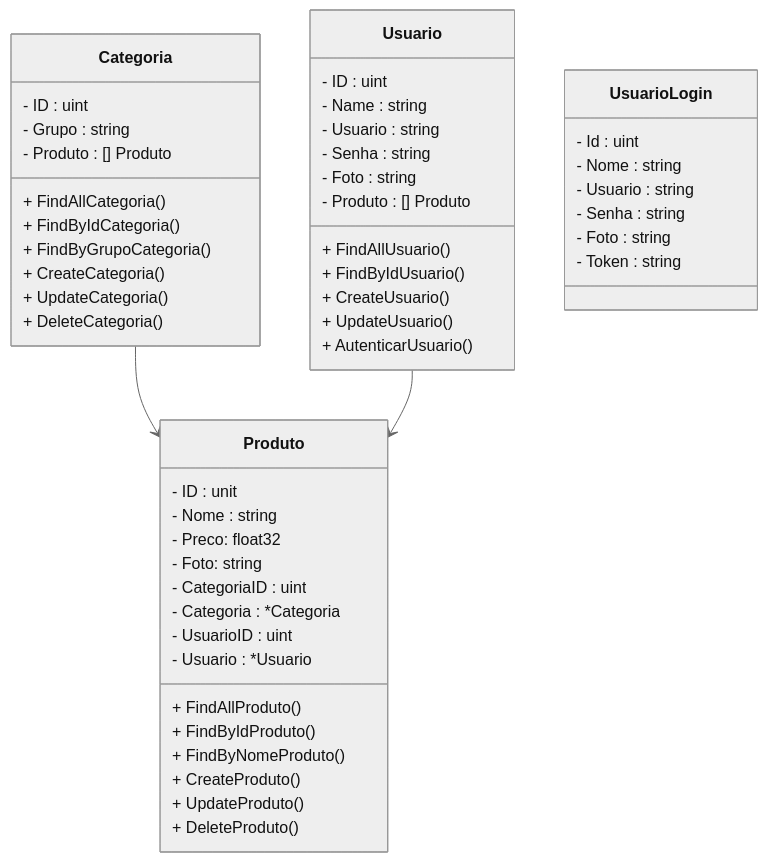
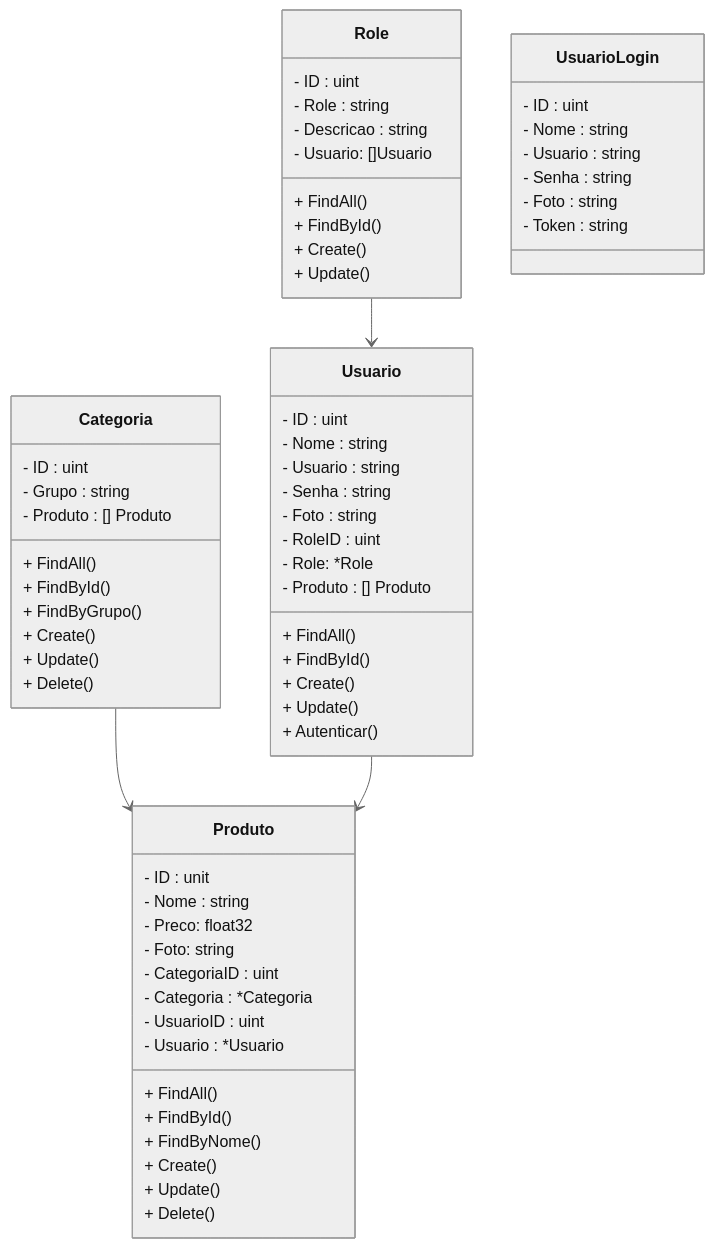
The diagram in README.md (rafaelq80/farmacia_go), drawn with Mermaid (neutral theme) before and after one commit. The commit also changed other lines of this file and 2 other files, not shown here.

````diff
--- a/README.md
+++ b/README.md
@@ -55,53 +62,66 @@
 ```mermaid
 classDiagram
 class Categoria {
   - ID : uint
   - Grupo : string
   - Produto : [] Produto
-  + FindAllCategoria()
-  + FindByIdCategoria()
-  + FindByGrupoCategoria()
-  + CreateCategoria()
-  + UpdateCategoria()  
-  + DeleteCategoria()
+  + FindAll()
+  + FindById()
+  + FindByGrupo()
+  + Create()
+  + Update()  
+  + Delete()
 }
 class Produto {
   - ID : unit
   - Nome : string
   - Preco: float32
   - Foto: string
   - CategoriaID : uint
   - Categoria : *Categoria
   - UsuarioID : uint
   - Usuario : *Usuario
-  + FindAllProduto()
-  + FindByIdProduto()
-  + FindByNomeProduto()
-  + CreateProduto()
-  + UpdateProduto()  
-  + DeleteProduto()
+  + FindAll()
+  + FindById()
+  + FindByNome()
+  + Create()
+  + Update()  
+  + Delete()
 }
 class Usuario {
   - ID : uint
-  - Name : string
+  - Nome : string
   - Usuario : string
   - Senha : string
   - Foto : string
+  - RoleID : uint
+  - Role: *Role
   - Produto : [] Produto
-  + FindAllUsuario()
-  + FindByIdUsuario()
-  + CreateUsuario()
-  + UpdateUsuario()
-  + AutenticarUsuario()
+  + FindAll()
+  + FindById()
+  + Create()
+  + Update()
+  + Autenticar()
+}
+class Role{
+  - ID : uint
+  - Role : string
+  - Descricao : string
+  - Usuario: []Usuario
+  + FindAll()
+  + FindById()
+  + Create()
+  + Update()
 }
 class UsuarioLogin{
-  - Id : uint
+  - ID : uint
   - Nome : string
   - Usuario : string
   - Senha : string
   - Foto : string
   - Token : string
 }
 Categoria --> Produto
 Usuario --> Produto
+Role --> Usuario
 ```
````
